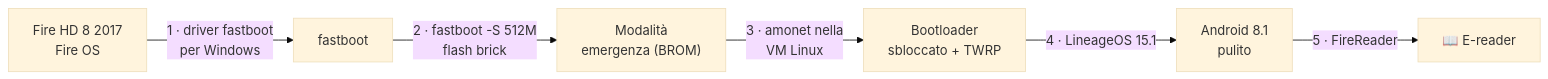
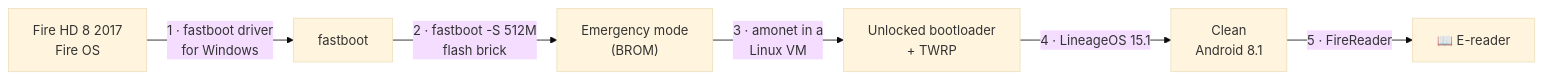
Before and after one commit to HokutoNoCode/FireReader: the diagram in README.md, drawn with Mermaid (base theme). The commit also changed other lines of this file and 17 other files, not shown here.

````diff
--- a/README.md
+++ b/README.md
@@ -79,8 +85,8 @@
 ```mermaid
 flowchart LR
-    A["Fire HD 8 2017<br/>Fire OS"] -->|"1 · driver fastboot<br/>per Windows"| B["fastboot"]
-    B -->|"2 · fastboot -S 512M<br/>flash brick"| C["Modalità<br/>emergenza (BROM)"]
-    C -->|"3 · amonet nella<br/>VM Linux"| D["Bootloader<br/>sbloccato + TWRP"]
-    D -->|"4 · LineageOS 15.1"| E["Android 8.1<br/>pulito"]
+    A["Fire HD 8 2017<br/>Fire OS"] -->|"1 · fastboot driver<br/>for Windows"| B["fastboot"]
+    B -->|"2 · fastboot -S 512M<br/>flash brick"| C["Emergency mode<br/>(BROM)"]
+    C -->|"3 · amonet in a<br/>Linux VM"| D["Unlocked bootloader<br/>+ TWRP"]
+    D -->|"4 · LineageOS 15.1"| E["Clean<br/>Android 8.1"]
     E -->|"5 · FireReader"| F["📖 E-reader"]
 ```
````
